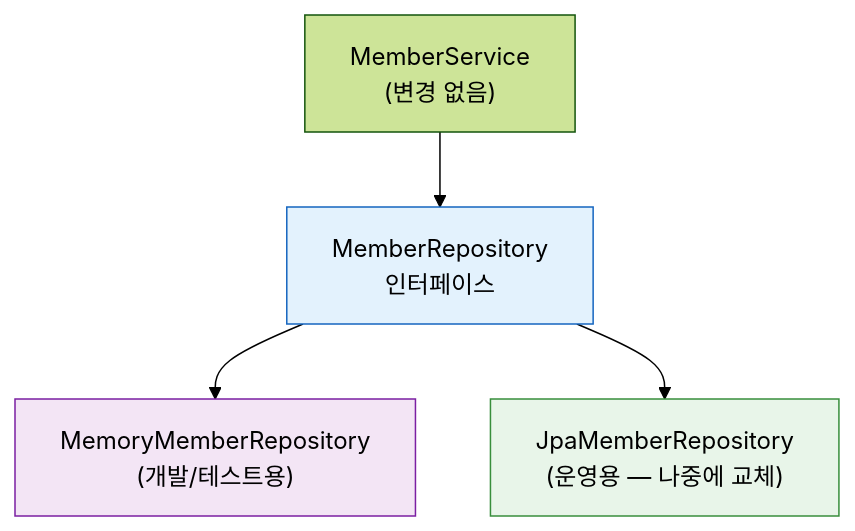
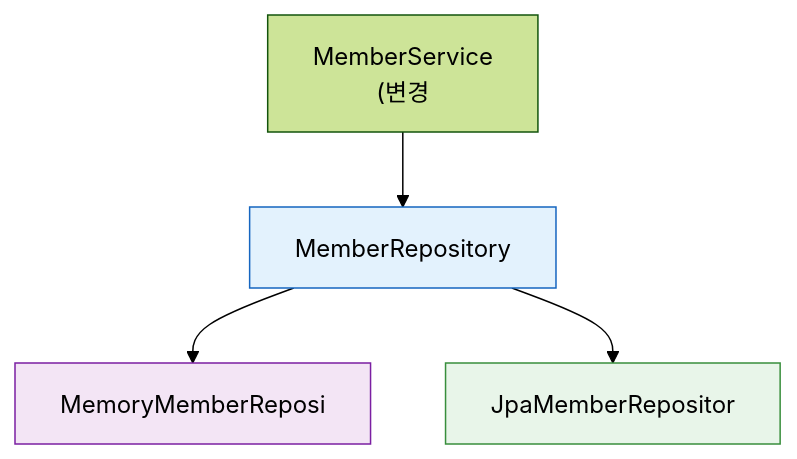
The fifth of 5 diagrams in _posts/springboot/2021-05-30-springboot-회원 관리 예제.md (yjkim2015/yjkim2015.github.io), drawn with Mermaid (forest theme) before and after one commit. The commit also changed other lines of this file and 271 other files, not shown here.

First line of the commit message:
Mermaid 라벨 축소: 긴 노드 텍스트 18자 이하로 트림 + \n 제거

````diff
--- a/_posts/springboot/2021-05-30-springboot-회원 관리 예제.md
+++ b/_posts/springboot/2021-05-30-springboot-회원 관리 예제.md
@@ -394,13 +394,13 @@
 ```mermaid
 graph TD
-    SVC["MemberService\n(변경 없음)"]
-    IFACE["MemberRepository\n인터페이스"]
-    MEM["MemoryMemberRepository\n(개발/테스트용)"]
-    JPA["JpaMemberRepository\n(운영용 — 나중에 교체)"]
+    SVC["MemberService\n(변경"]
+    IFACE["MemberRepository\n"]
+    MEM["MemoryMemberReposi"]
+    JPA["JpaMemberRepositor"]
     SVC --> IFACE
     IFACE --> MEM
     IFACE --> JPA
     style IFACE fill:#e3f2fd,stroke:#1565c0
     style MEM fill:#f3e5f5,stroke:#7b1fa2
     style JPA fill:#e8f5e9,stroke:#388e3c
 ```
````
